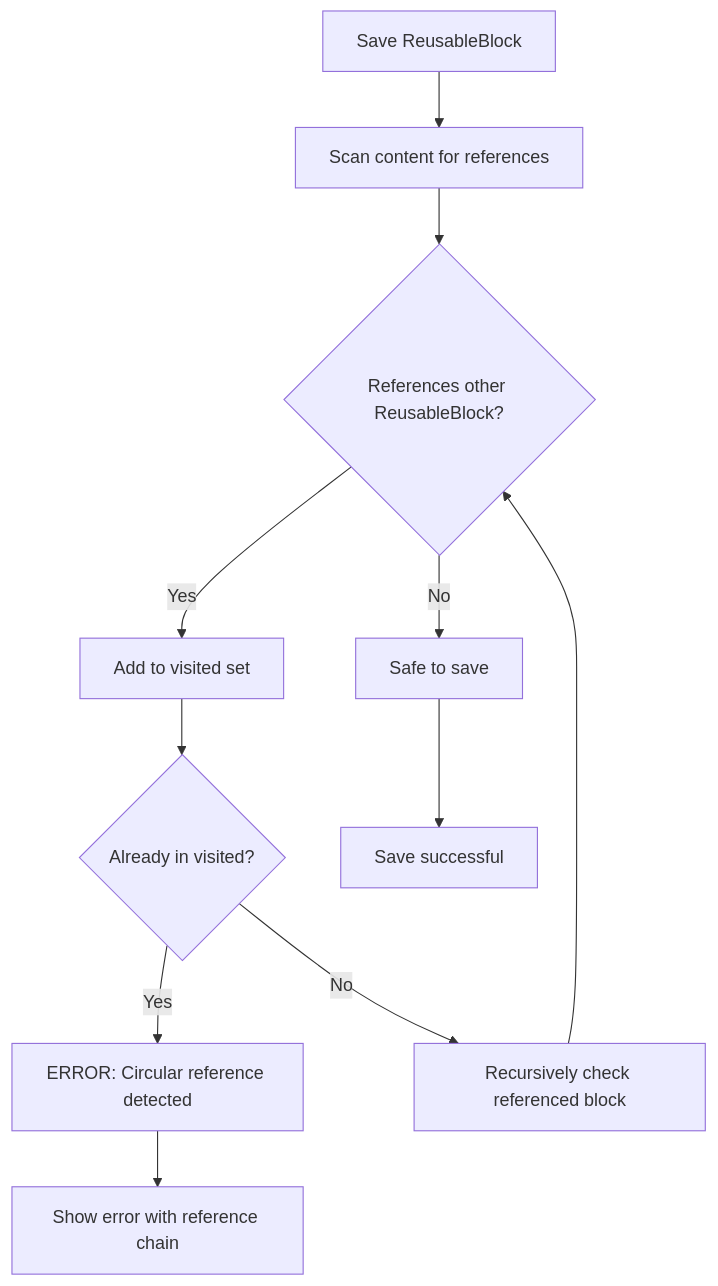
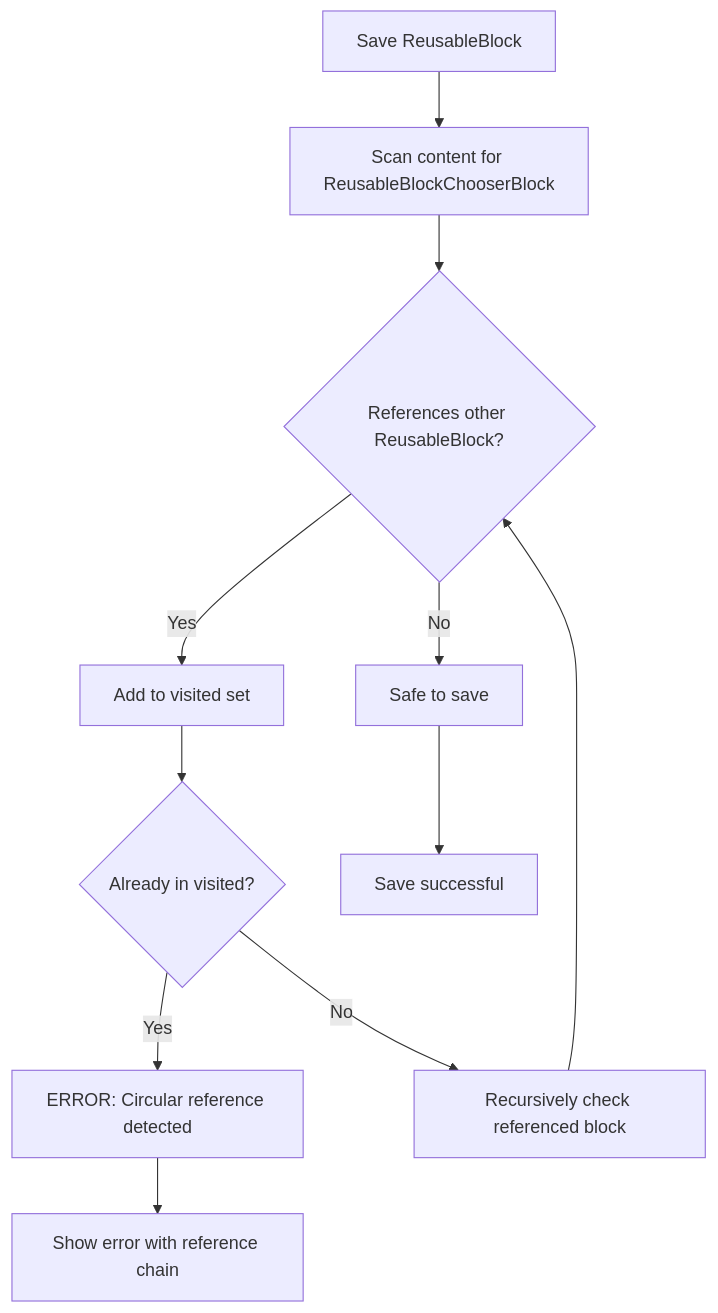
Before and after one commit to kkm-horikawa/wagtail-reusable-blocks: the fifth of 7 diagrams in docs/ARCHITECTURE.md, drawn with Mermaid. The commit also changed other lines of this file and 3 other files, not shown here.

````diff
--- a/docs/ARCHITECTURE.md
+++ b/docs/ARCHITECTURE.md
@@ -169,13 +217,13 @@
 ```mermaid
 flowchart TD
-    A["Save ReusableBlock"] --> B["Scan content for references"]
+    A["Save ReusableBlock"] --> B["Scan content for ReusableBlockChooserBlock"]
     B --> C{"References other ReusableBlock?"}
     C -->|"No"| D["Safe to save"]
     C -->|"Yes"| E["Add to visited set"]
     E --> F{"Already in visited?"}
     F -->|"Yes"| G["ERROR: Circular reference detected"]
     F -->|"No"| H["Recursively check referenced block"]
     H --> C
     D --> I["Save successful"]
     G --> J["Show error with reference chain"]
 ```
````
